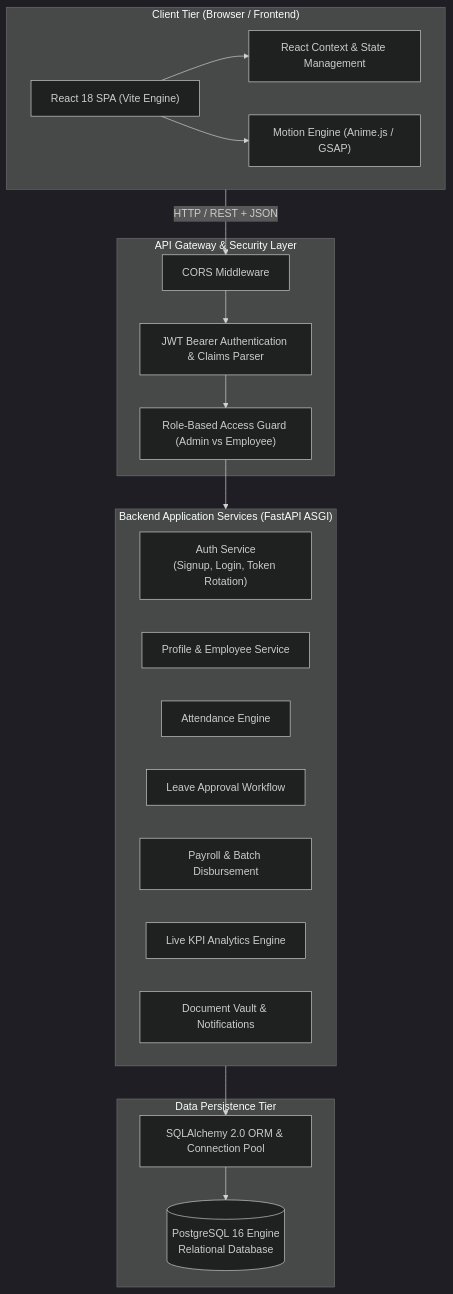
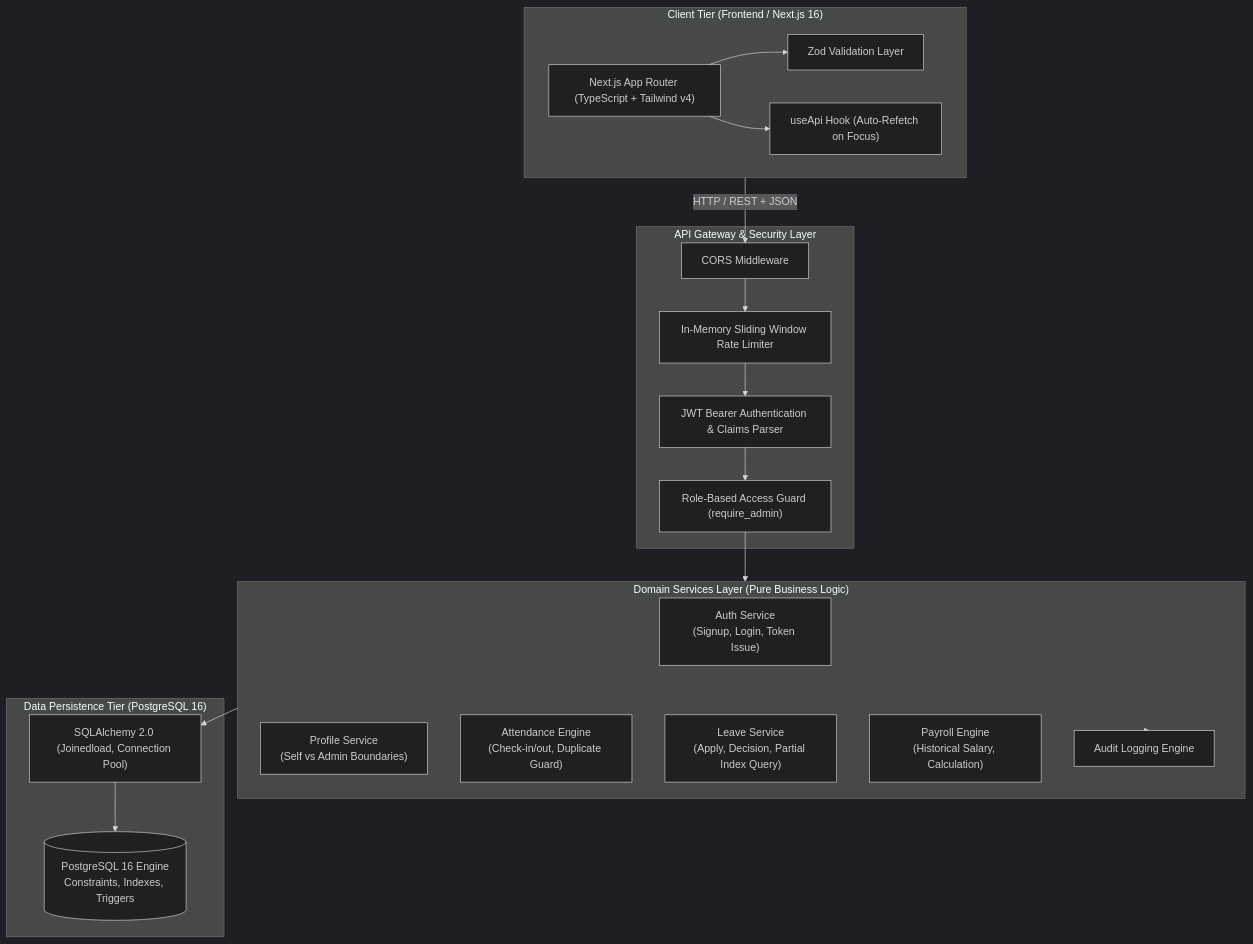
Before and after one commit to oggigachad/dayflow: the first of 4 diagrams in README.md, drawn with Mermaid (dark theme). The commit also changed other lines of this file and 34 other files, not shown here.

Commit message:
Implement judging-optimized architecture: layered services, audit log, pytest suite, CI/CD, and Zod validation

````diff
--- a/README.md
+++ b/README.md
@@ -59,38 +46,40 @@
 ```mermaid
 flowchart TB
-    subgraph ClientTier["Client Tier (Browser / Frontend)"]
-        UI["React 18 SPA (Vite Engine)"]
-        State["React Context & State Management"]
-        Anime["Motion Engine (Anime.js / GSAP)"]
-        UI --> State
-        UI --> Anime
+    subgraph ClientTier["Client Tier (Frontend / Next.js 16)"]
+        UI["Next.js App Router (TypeScript + Tailwind v4)"]
+        Zod["Zod Validation Layer"]
+        Hooks["useApi Hook (Auto-Refetch on Focus)"]
+        UI --> Zod
+        UI --> Hooks
     end
 
     subgraph GatewayTier["API Gateway & Security Layer"]
         CORS["CORS Middleware"]
         AuthMid["JWT Bearer Authentication & Claims Parser"]
-        RBAC["Role-Based Access Guard (Admin vs Employee)"]
+        RBAC["Role-Based Access Guard (require_admin)"]
+        RateLimit["In-Memory Sliding Window Rate Limiter"]
     end
 
-    subgraph ServiceTier["Backend Application Services (FastAPI ASGI)"]
-        AuthSvc["Auth Service\n(Signup, Login, Token Rotation)"]
-        ProfileSvc["Profile & Employee Service"]
-        AttendanceSvc["Attendance Engine"]
-        LeaveSvc["Leave Approval Workflow"]
-        PayrollSvc["Payroll & Batch Disbursement"]
-        AnalyticsSvc["Live KPI Analytics Engine"]
-        DocSvc["Document Vault & Notifications"]
+    subgraph ServiceTier["Domain Services Layer (Pure Business Logic)"]
+        AuthSvc["Auth Service\n(Signup, Login, Token Issue)"]
+        ProfileSvc["Profile Service\n(Self vs Admin Boundaries)"]
+        AttendanceSvc["Attendance Engine\n(Check-in/out, Duplicate Guard)"]
+        LeaveSvc["Leave Service\n(Apply, Decision, Partial Index Query)"]
+        PayrollSvc["Payroll Engine\n(Historical Salary, Calculation)"]
+        AuditSvc["Audit Logging Engine"]
     end
 
-    subgraph DataTier["Data Persistence Tier"]
-        ORM["SQLAlchemy 2.0 ORM & Connection Pool"]
-        DB[(PostgreSQL 16 Engine\nRelational Database)]
+    subgraph DataTier["Data Persistence Tier (PostgreSQL 16)"]
+        ORM["SQLAlchemy 2.0 (Joinedload, Connection Pool)"]
+        DB[(PostgreSQL 16 Engine\nConstraints, Indexes, Triggers)]
     end
 
     ClientTier -->|HTTP / REST + JSON| CORS
-    CORS --> AuthMid
+    CORS --> RateLimit
+    RateLimit --> AuthMid
     AuthMid --> RBAC
     RBAC --> ServiceTier
+    ServiceTier --> AuditSvc
     ServiceTier --> ORM
     ORM --> DB
 ```
````
